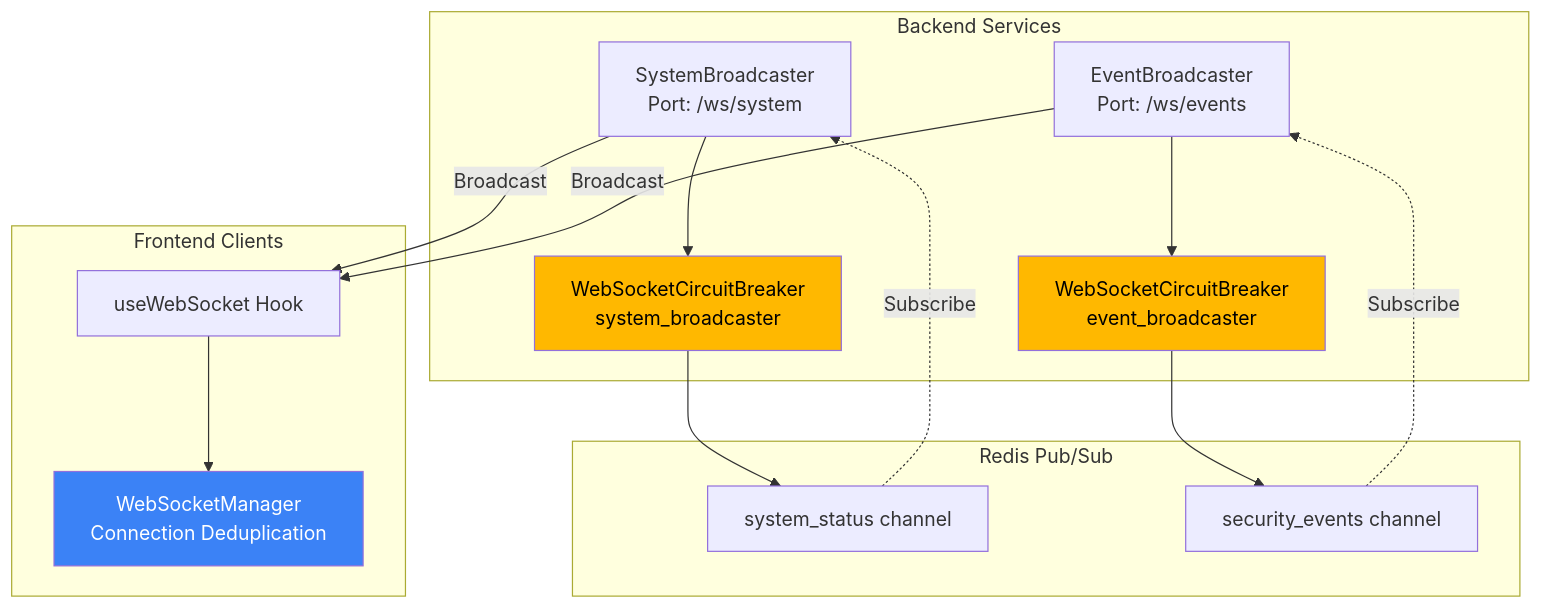
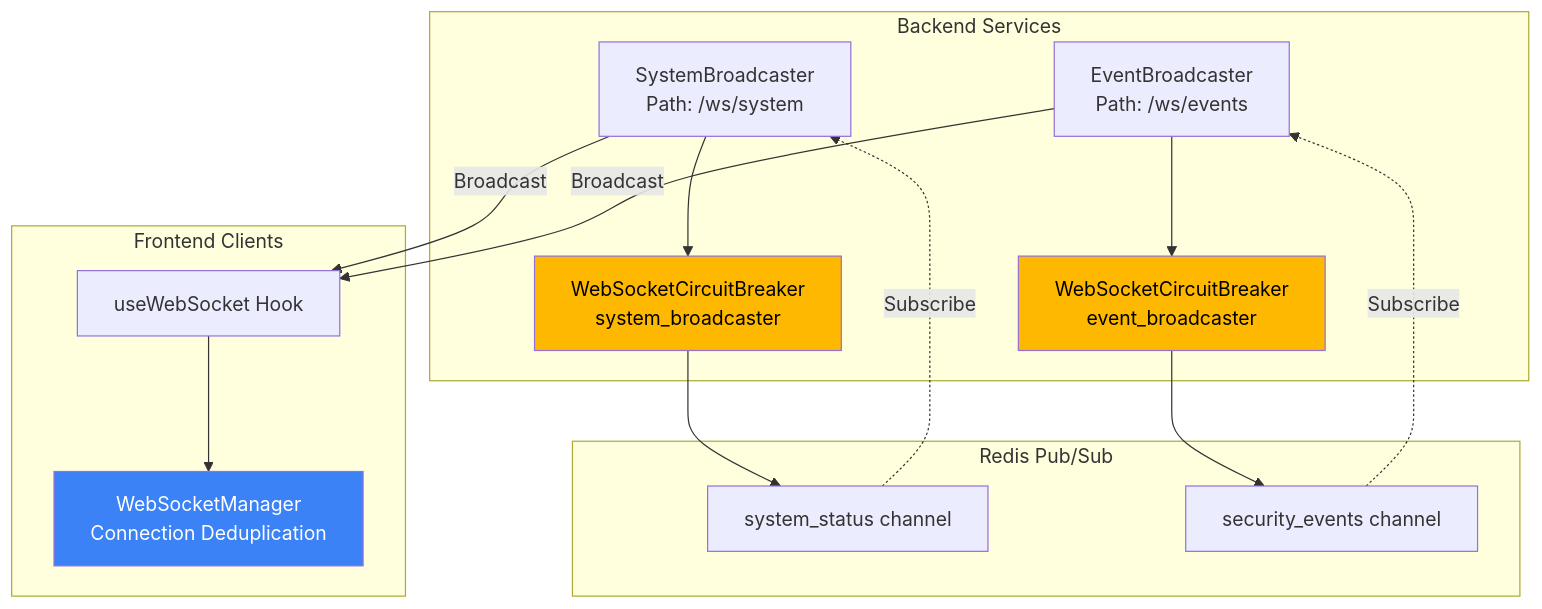
One commit to mikesvoboda/nemotron-v3-home-security-intelligence changed the ninth of 15 diagrams in docs/architecture/resilience.md. Above: the diagram before and after it, drawn with Mermaid. The commit also changed other lines of this file and 231 other files, not shown here.

````diff
--- a/docs/architecture/resilience.md
+++ b/docs/architecture/resilience.md
@@ -750,34 +783,34 @@
 ```mermaid
 flowchart TB
     subgraph Backend["Backend Services"]
-        SB[SystemBroadcaster<br/>Port: /ws/system]
-        EB[EventBroadcaster<br/>Port: /ws/events]
+        SB[SystemBroadcaster<br/>Path: /ws/system]
+        EB[EventBroadcaster<br/>Path: /ws/events]
         CB1[WebSocketCircuitBreaker<br/>system_broadcaster]
         CB2[WebSocketCircuitBreaker<br/>event_broadcaster]
     end
 
     subgraph Redis["Redis Pub/Sub"]
         CH1[system_status channel]
         CH2[security_events channel]
     end
 
     subgraph Frontend["Frontend Clients"]
         WS[useWebSocket Hook]
         WSM[WebSocketManager<br/>Connection Deduplication]
     end
 
     SB --> CB1
     EB --> CB2
     CB1 --> CH1
     CB2 --> CH2
     CH1 -.->|Subscribe| SB
     CH2 -.->|Subscribe| EB
 
     SB -->|Broadcast| WS
     EB -->|Broadcast| WS
     WS --> WSM
 
     style CB1 fill:#FFB800,color:#000
     style CB2 fill:#FFB800,color:#000
     style WSM fill:#3B82F6,color:#fff
 ```
````
